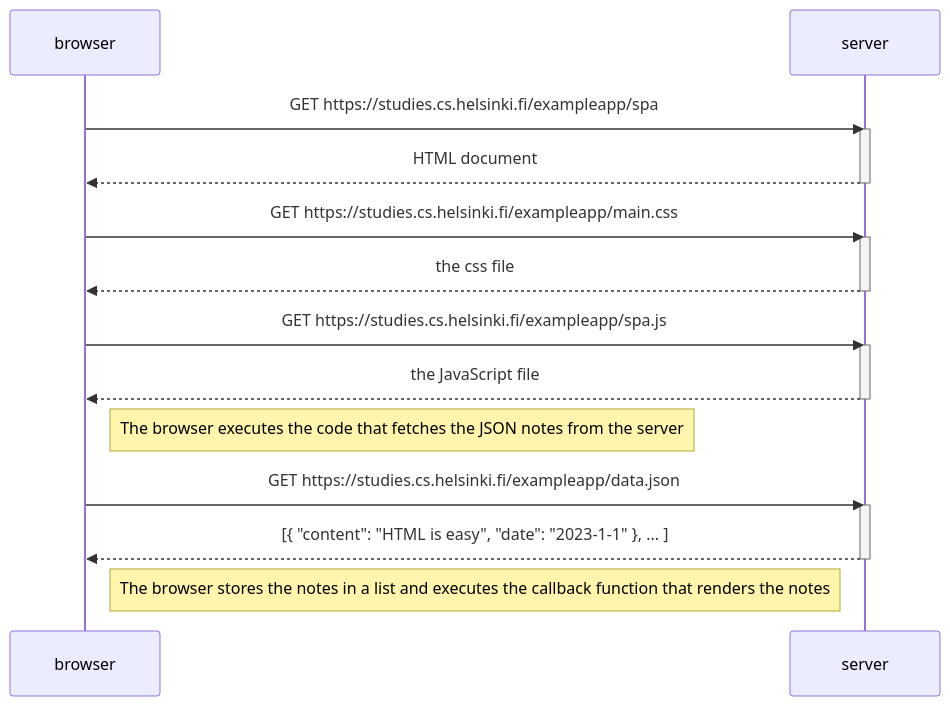
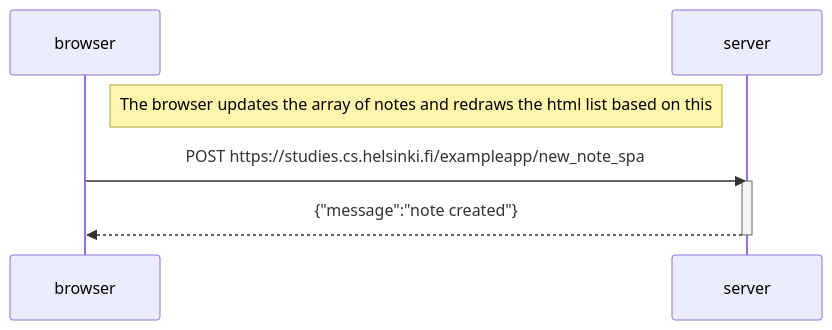
One commit to YL2407/fsopen-exercises changed the diagram in part0/0_6.md. Above: the diagram before and after it, drawn with Mermaid.

````diff
--- a/part0/0_6.md
+++ b/part0/0_6.md
@@ -1,29 +1,12 @@
 ```mermaid
 sequenceDiagram
   participant browser
   participant server
 
-  browser->>server: GET https://studies.cs.helsinki.fi/exampleapp/spa
+  Note right of browser: The browser updates the array of notes and redraws the html list based on this
+
+  browser->>server: POST https://studies.cs.helsinki.fi/exampleapp/new_note_spa
   activate server
-  server-->>browser: HTML document
+  server-->>browser: {"message":"note created"}
   deactivate server
-
-  browser->>server: GET https://studies.cs.helsinki.fi/exampleapp/main.css
-  activate server
-  server-->>browser: the css file
-  deactivate server
-
-  browser->>server: GET https://studies.cs.helsinki.fi/exampleapp/spa.js
-  activate server
-  server-->>browser: the JavaScript file
-  deactivate server
-
-  Note right of browser: The browser executes the code that fetches the JSON notes from the server
-
-  browser->>server: GET https://studies.cs.helsinki.fi/exampleapp/data.json
-  activate server
-  server-->>browser: [{ "content": "HTML is easy", "date": "2023-1-1" }, ... ]
-  deactivate server
-
-  Note right of browser: The browser stores the notes in a list and executes the callback function that renders the notes
 ```
````
